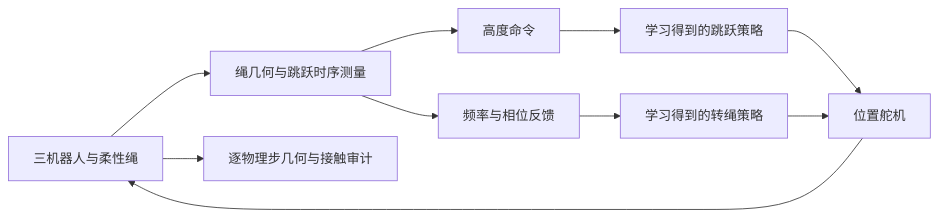
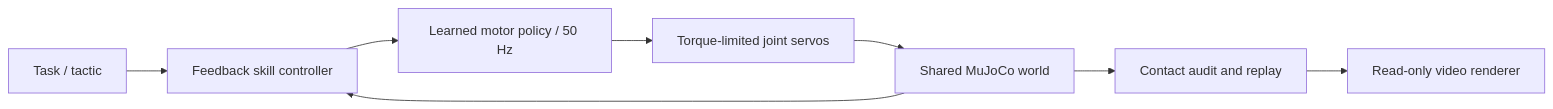
The diagram in README.zh-CN.md (ros-claw/microduck), drawn with Mermaid before and after one commit. The commit also changed other lines of this file and 5 other files, not shown here.

````diff
--- a/README.zh-CN.md
+++ b/README.zh-CN.md
@@ -99,12 +56,10 @@
 ```mermaid
 flowchart LR
-    World[三机器人与柔性绳] --> Measure[绳几何与跳跃时序测量]
-    Measure --> Height[高度命令]
-    Height --> Jumper[学习得到的跳跃策略]
-    Measure --> Sync[频率与相位反馈]
-    Sync --> Turners[学习得到的转绳策略]
-    Jumper --> Servos[位置舵机]
-    Turners --> Servos
-    Servos --> World
-    World --> Audit[逐物理步几何与接触审计]
+    Goal[Task / tactic] --> Skill[Feedback skill controller]
+    Skill --> Policy[Learned motor policy / 50 Hz]
+    Policy --> Motor[Torque-limited joint servos]
+    Motor --> World[Shared MuJoCo world]
+    World --> Skill
+    World --> Audit[Contact audit and replay]
+    Audit --> Video[Read-only video renderer]
 ```
````
